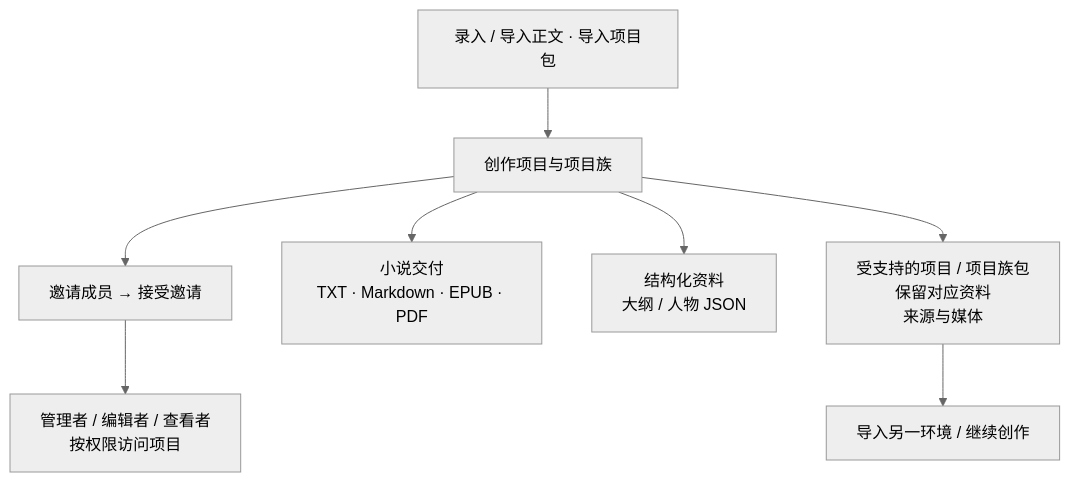
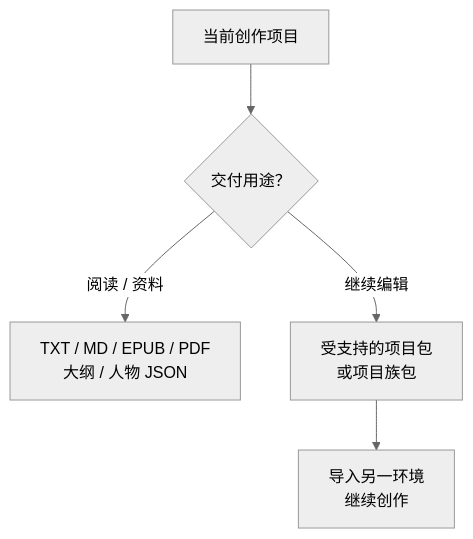
Before and after one commit to GTJasonMK/A4N: diagram 15 of 18 in README.md, drawn with Mermaid (neutral theme). The commit also changed other lines of this file and 2 other files, not shown here.

First line of the commit message:
docs: fix README diagram flows and mobile readability

````diff
--- a/README.md
+++ b/README.md
@@ -245,12 +265,9 @@
 ```mermaid
 flowchart TB
-  accTitle: 项目协作与作品交付
-  accDescr: 已有文本或项目包可进入创作项目，协作者接受邀请后按角色访问，项目可导出阅读格式或受支持的项目与媒体包。
-  imported["录入 / 导入正文 · 导入项目包"] --> project["创作项目与项目族"]
-  project --> invite["邀请成员 → 接受邀请"]
-  invite --> roles["管理者 / 编辑者 / 查看者<br/>按权限访问项目"]
-  project --> text["小说交付<br/>TXT · Markdown · EPUB · PDF"]
-  project --> records["结构化资料<br/>大纲 / 人物 JSON"]
-  project --> package["受支持的项目 / 项目族包<br/>保留对应资料<br/>来源与媒体"]
-  package --> transfer["导入另一环境 / 继续创作"]
+  accTitle: 阅读文件交付与项目包迁移
+  accDescr: 当前项目可导出阅读文件或结构化资料，也可导出受支持的可编辑项目包。只有项目包路径表示在另一环境导入并继续创作，阅读格式不等于完整项目备份。
+  project["当前创作项目"] --> purpose{"交付用途？"}
+  purpose -->|阅读 / 资料| documents["TXT / MD / EPUB / PDF<br/>大纲 / 人物 JSON"]
+  purpose -->|继续编辑| package["受支持的项目包<br/>或项目族包"]
+  package --> transfer["导入另一环境<br/>继续创作"]
 ```
````
